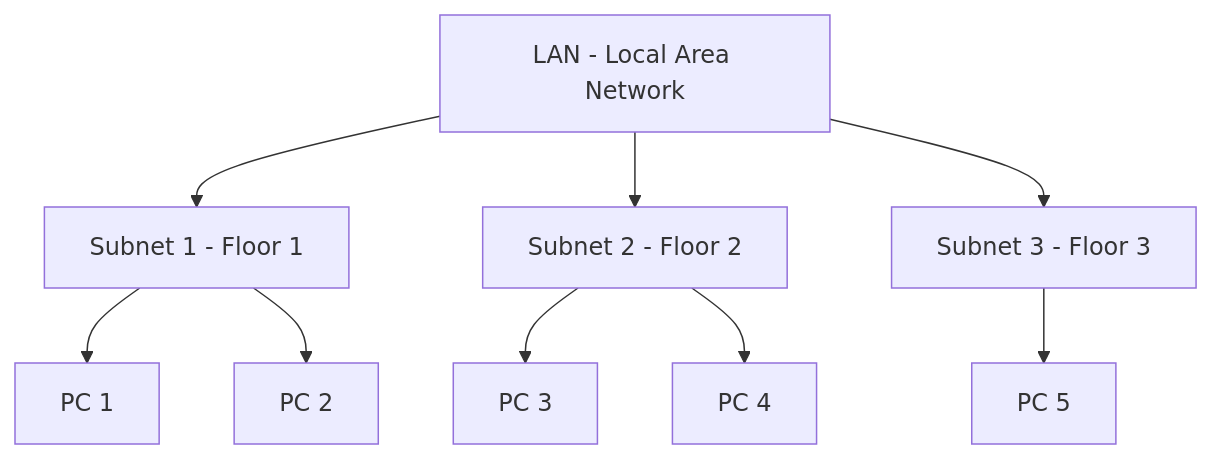
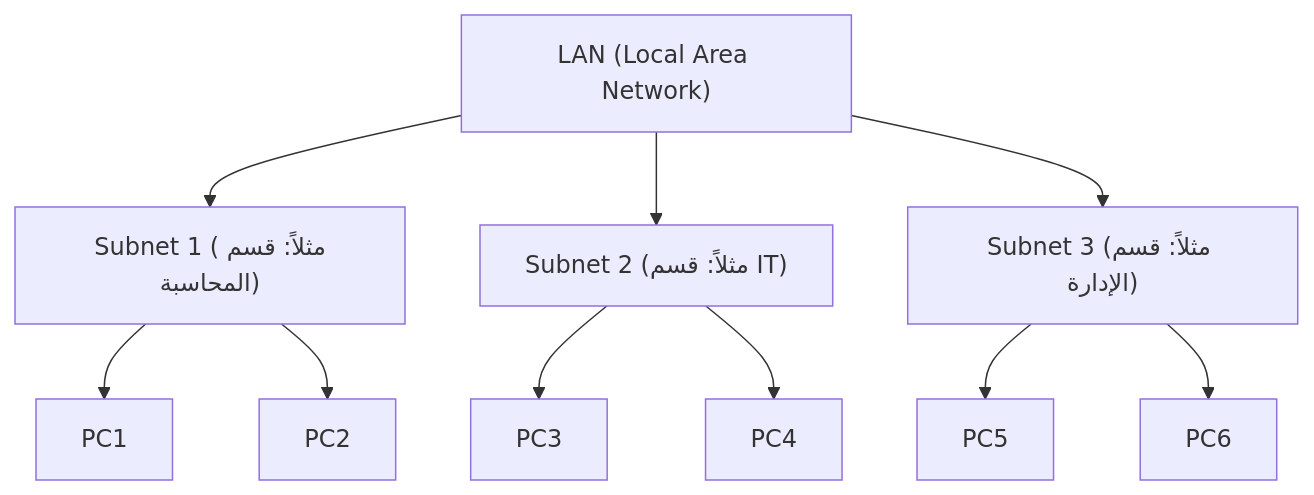
Before and after one commit to ammaryasser28/Introduction-To-Cyber-Security: the eighth of 14 diagrams in Operating Systems & Networking Fundamentals.md, drawn with Mermaid. The commit also changed other lines of this file, not shown here.

````diff
--- a/Operating Systems & Networking Fundamentals.md
+++ b/Operating Systems & Networking Fundamentals.md
@@ -295,13 +257,10 @@
 ```mermaid
 graph TD
-    LAN[LAN - Local Area Network]
-    LAN --> S1[Subnet 1 - Floor 1]
-    LAN --> S2[Subnet 2 - Floor 2]
-    LAN --> S3[Subnet 3 - Floor 3]
-
-    S1 --> PC1[PC 1]
-    S1 --> PC2[PC 2]
-    S2 --> PC3[PC 3]
-    S2 --> PC4[PC 4]
-    S3 --> PC5[PC 5]
+    LAN["LAN (Local Area Network)"]
+    LAN --> SN1["Subnet 1 (مثلاً: قسم المحاسبة)"]
+    LAN --> SN2["Subnet 2 (مثلاً: قسم IT)"]
+    LAN --> SN3["Subnet 3 (مثلاً: قسم الإدارة)"]
+    SN1 --> PC1["PC1"] & PC2["PC2"]
+    SN2 --> PC3["PC3"] & PC4["PC4"]
+    SN3 --> PC5["PC5"] & PC6["PC6"]
 ```
````
